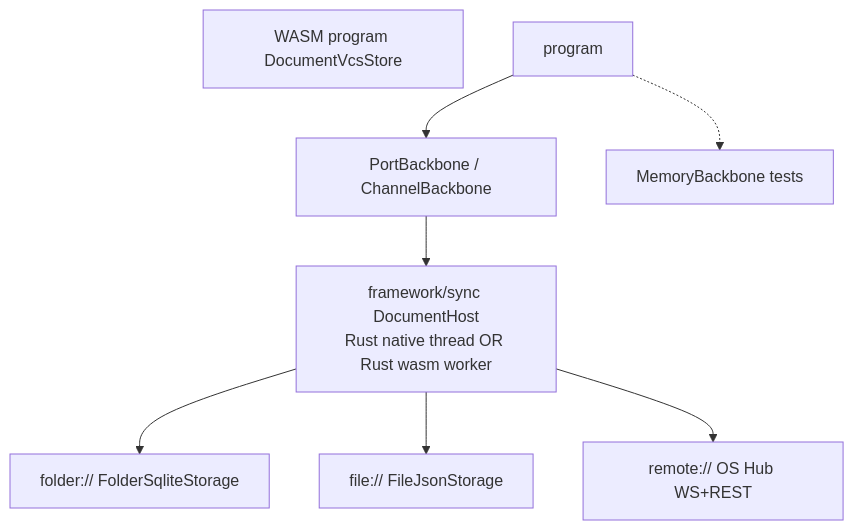
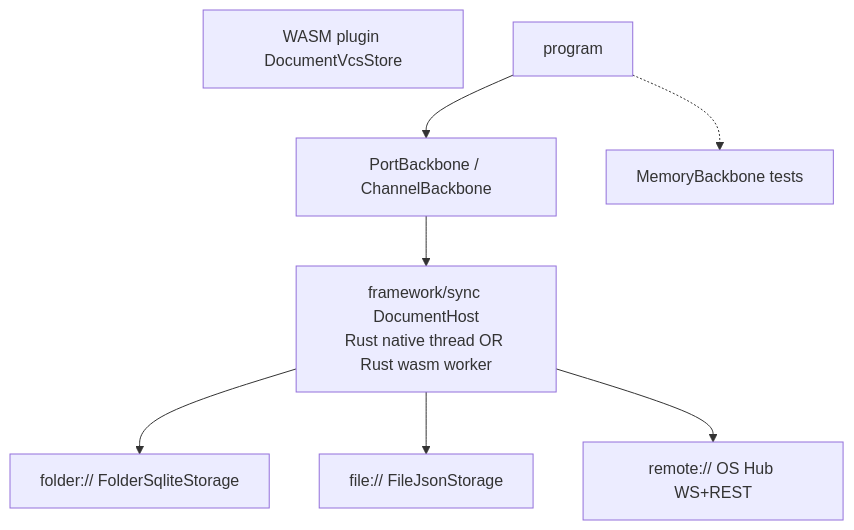
The diagram in .cursor/plans/rust_vcs_backbones_056ac2b1.plan.md (usalu/semio), drawn with Mermaid before and after one commit. The commit also changed other lines of this file and 663 other files, not shown here.

````diff
--- a/.cursor/plans/rust_vcs_backbones_056ac2b1.plan.md
+++ b/.cursor/plans/rust_vcs_backbones_056ac2b1.plan.md
@@ -38,16 +38,16 @@
 ```mermaid
 flowchart TB
-  plugin["WASM program DocumentVcsStore"]
+  plugin["WASM plugin DocumentVcsStore"]
   port["PortBackbone / ChannelBackbone"]
   actor["framework/sync DocumentHost\nRust native thread OR Rust wasm worker"]
   folder["folder:// FolderSqliteStorage"]
   file["file:// FileJsonStorage"]
   hub["remote:// OS Hub WS+REST"]
   mem["MemoryBackbone tests"]
 
   program --> port --> actor
   actor --> folder
   actor --> file
   actor --> hub
   program -.-> mem
 ```
````
